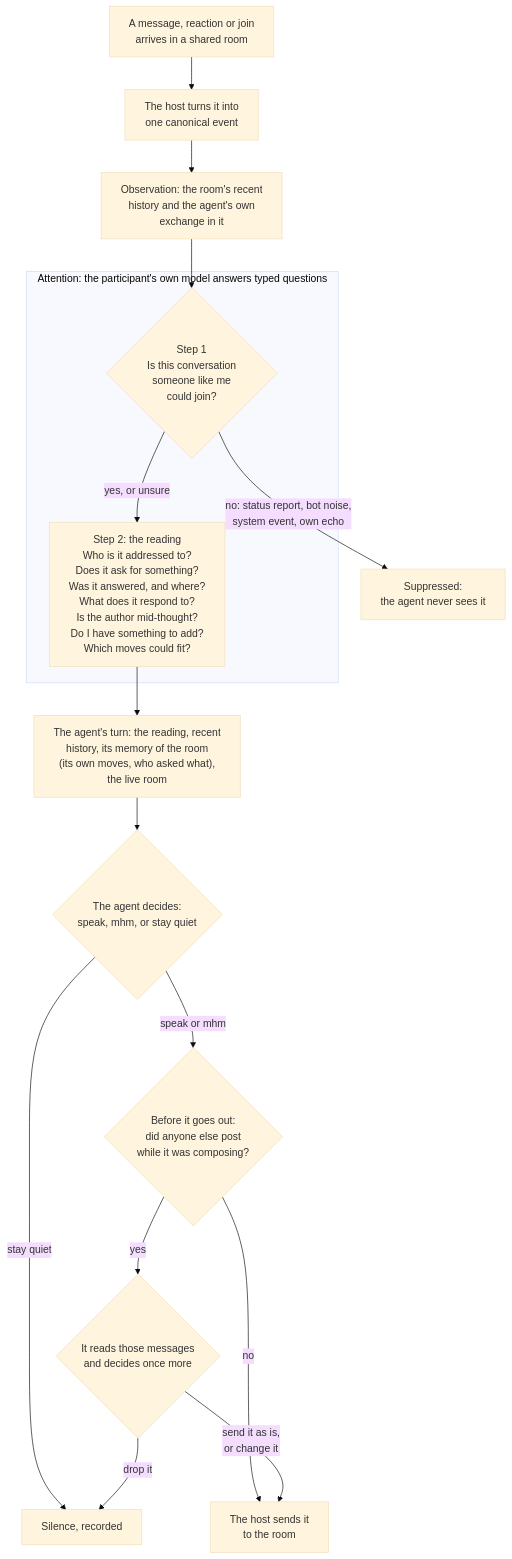
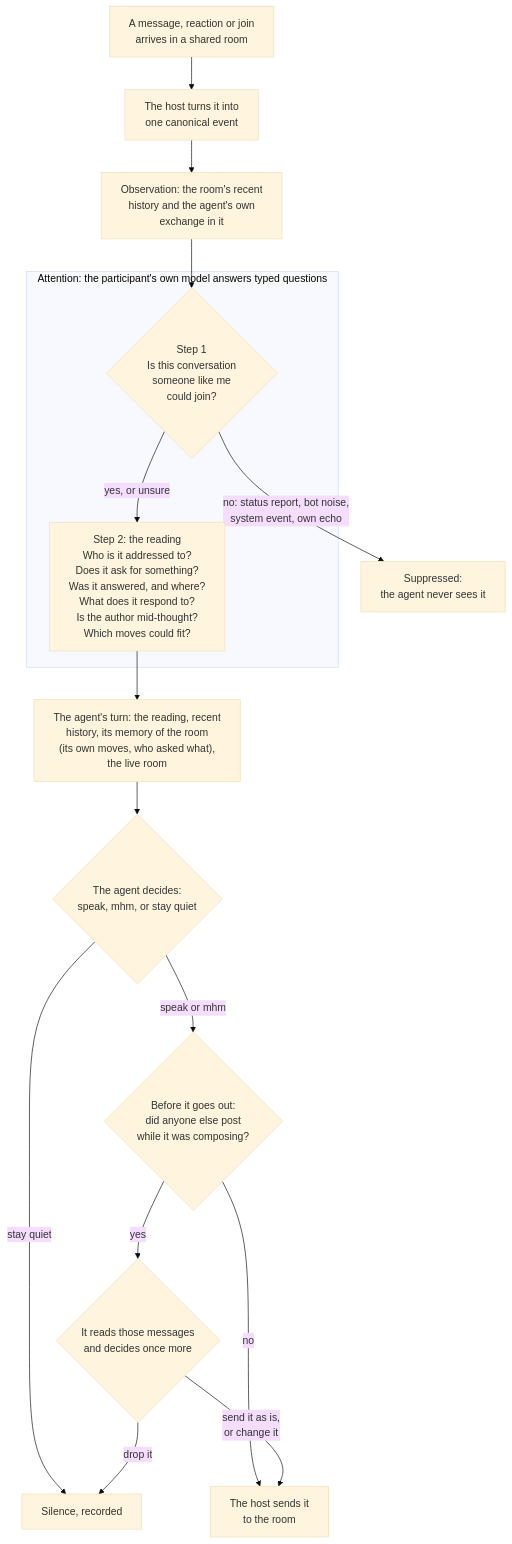
The first of 3 diagrams in README.md (mentatzoe/nunchi), drawn with Mermaid (base theme) before and after one commit. The commit also changed 20 other files, not shown here.

````diff
--- a/README.md
+++ b/README.md
@@ -20,21 +20,21 @@
 ```mermaid
 %%{init: {"flowchart": {"wrappingWidth": 360}}}%%
 flowchart TD
     msg["A message, reaction or join<br/>arrives in a shared room"] --> adapter["The host turns it into<br/>one canonical event"]
     adapter --> obs["Observation: the room's recent<br/>history and the agent's own<br/>exchange in it"]
     obs --> s1
     subgraph attention["Attention: the participant's own model answers typed questions"]
         s1{"Step 1<br/>Is this conversation<br/>someone like me<br/>could join?"}
-        s2["Step 2: the reading<br/>Who is it addressed to?<br/>Does it ask for something?<br/>Was it answered, and where?<br/>What does it respond to?<br/>Is the author mid-thought?<br/>Do I have something to add?<br/>Which moves could fit?"]
+        s2["Step 2: the reading<br/>Who is it addressed to?<br/>Does it ask for something?<br/>Was it answered, and where?<br/>What does it respond to?<br/>Is the author mid-thought?<br/>Which moves could fit?"]
         s1 -- "yes, or unsure" --> s2
     end
     s1 -- "no: status report, bot noise,<br/>system event, own echo" --> hidden["Suppressed:<br/>the agent never sees it"]
     s2 --> turn["The agent's turn: the reading, recent<br/>history, its memory of the room<br/>(its own moves, who asked what),<br/>the live room"]
     turn --> decide{"The agent decides:<br/>speak, mhm, or stay quiet"}
     decide -- "stay quiet" --> silent["Silence, recorded"]
     decide -- "speak or mhm" --> look{"Before it goes out:<br/>did anyone else post<br/>while it was composing?"}
     look -- "no" --> send["The host sends it<br/>to the room"]
     look -- "yes" --> again{"It reads those messages<br/>and decides once more"}
     again -- "send it as is,<br/>or change it" --> send
     again -- "drop it" --> silent
 ```
````
